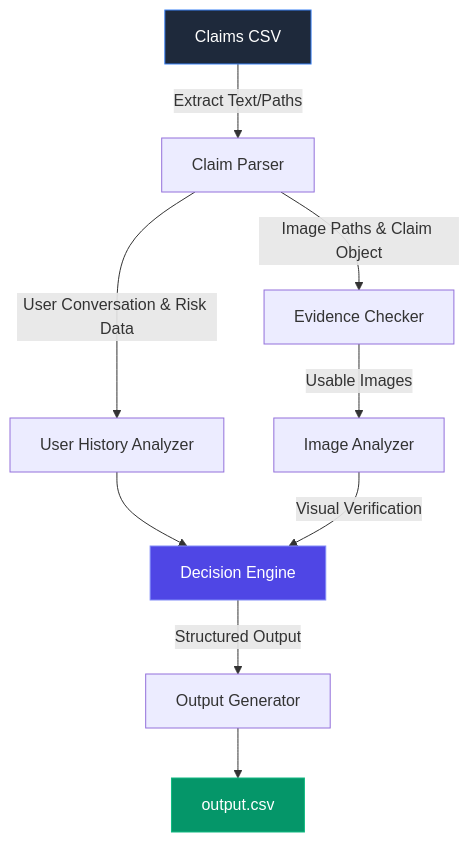
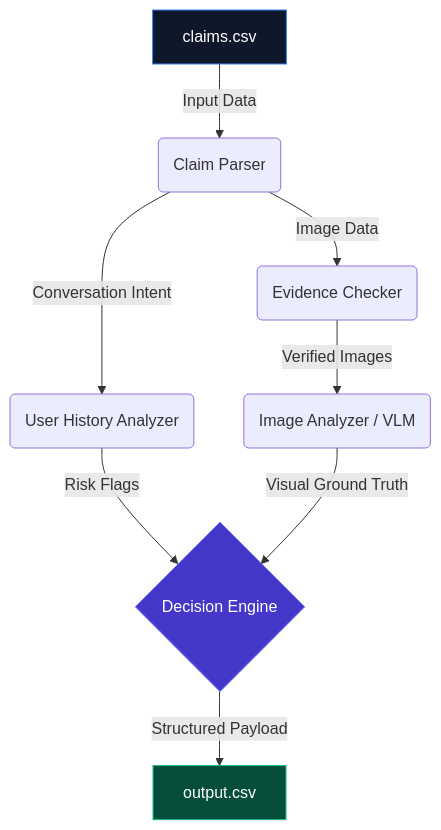
One commit to yukthivarma27-code/ClaimVision changed the diagram in README.md. Above: the diagram before and after it, drawn with Mermaid. The commit also changed other lines of this file, not shown here.

````diff
--- a/README.md
+++ b/README.md
@@ -49,15 +48,16 @@
 ```mermaid
 graph TD
-    A[Claims CSV] -->|Extract Text/Paths| B[Claim Parser]
-    B -->|User Conversation & Risk Data| C[User History Analyzer]
-    B -->|Image Paths & Claim Object| D[Evidence Checker]
-    C --> E[Decision Engine]
-    D -->|Usable Images| F[Image Analyzer]
-    F -->|Visual Verification| E
-    E -->|Structured Output| G[Output Generator]
-    G --> H[output.csv]
+    A[claims.csv] -->|Input Data| B(Claim Parser)
+    B -->|Conversation Intent| C(User History Analyzer)
+    B -->|Image Data| D(Evidence Checker)
     
-    style A fill:#1e293b,stroke:#3b82f6,color:#fff
-    style H fill:#059669,stroke:#10b981,color:#fff
-    style E fill:#4f46e5,stroke:#818cf8,color:#fff
+    C -->|Risk Flags| E{Decision Engine}
+    D -->|Verified Images| F(Image Analyzer / VLM)
+    
+    F -->|Visual Ground Truth| E
+    E -->|Structured Payload| G[output.csv]
+    
+    style A fill:#0f172a,stroke:#3b82f6,color:#fff
+    style G fill:#064e3b,stroke:#10b981,color:#fff
+    style E fill:#4338ca,stroke:#818cf8,color:#fff
 ```
````
